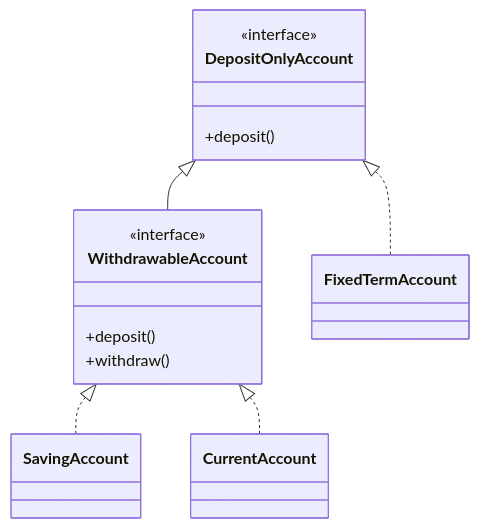
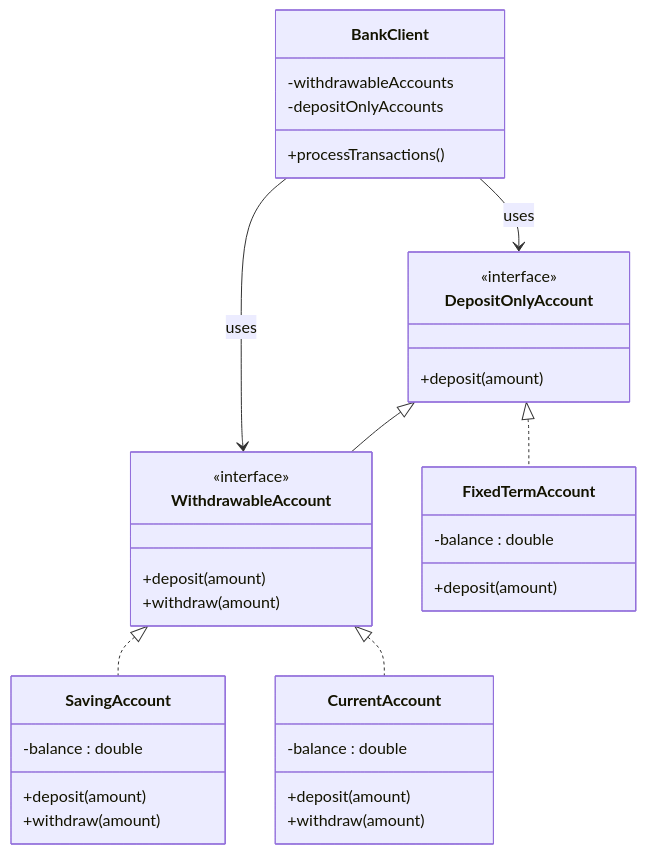
One commit to rakshit432/Low-Level-Design changed the second of 2 diagrams in SOLID/liskov_susbtitution_principle/uml.md. Above: the diagram before and after it, drawn with Mermaid. The commit also changed other lines of this file, not shown here.

Commit message:
uml liskov

````diff
--- a/SOLID/liskov_susbtitution_principle/uml.md
+++ b/SOLID/liskov_susbtitution_principle/uml.md
@@ -3,24 +33,46 @@
 ```mermaid
 classDiagram
 
 class DepositOnlyAccount {
     <<interface>>
-    +deposit()
+    +deposit(amount)
 }
 
 class WithdrawableAccount {
     <<interface>>
-    +deposit()
-    +withdraw()
+    +deposit(amount)
+    +withdraw(amount)
 }
 
-class SavingAccount
-class CurrentAccount
-class FixedTermAccount
+class SavingAccount {
+    -balance : double
+    +deposit(amount)
+    +withdraw(amount)
+}
+
+class CurrentAccount {
+    -balance : double
+    +deposit(amount)
+    +withdraw(amount)
+}
+
+class FixedTermAccount {
+    -balance : double
+    +deposit(amount)
+}
+
+class BankClient {
+    -withdrawableAccounts
+    -depositOnlyAccounts
+    +processTransactions()
+}
 
 DepositOnlyAccount <|-- WithdrawableAccount
 
 WithdrawableAccount <|.. SavingAccount
 WithdrawableAccount <|.. CurrentAccount
 DepositOnlyAccount <|.. FixedTermAccount
+
+BankClient --> WithdrawableAccount : uses
+BankClient --> DepositOnlyAccount : uses
 ```
````
